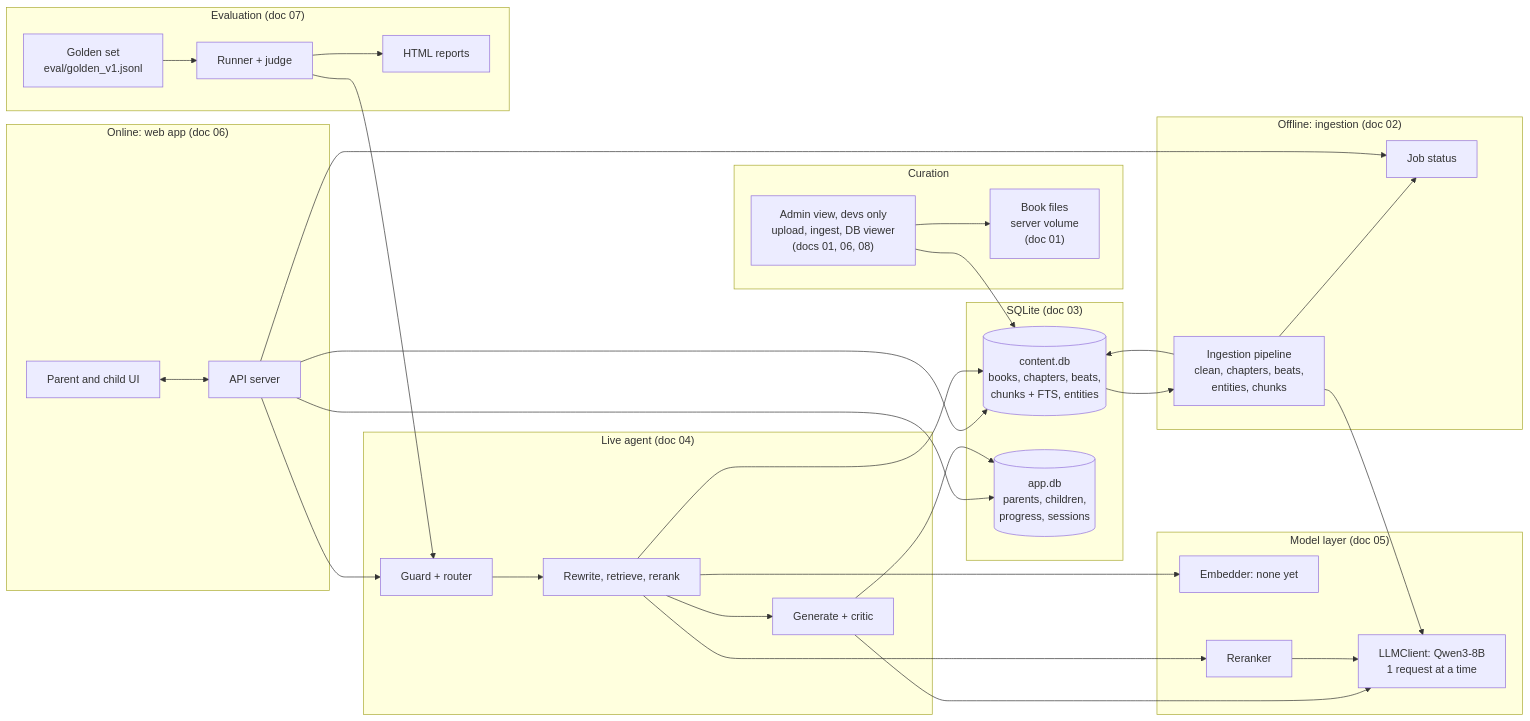
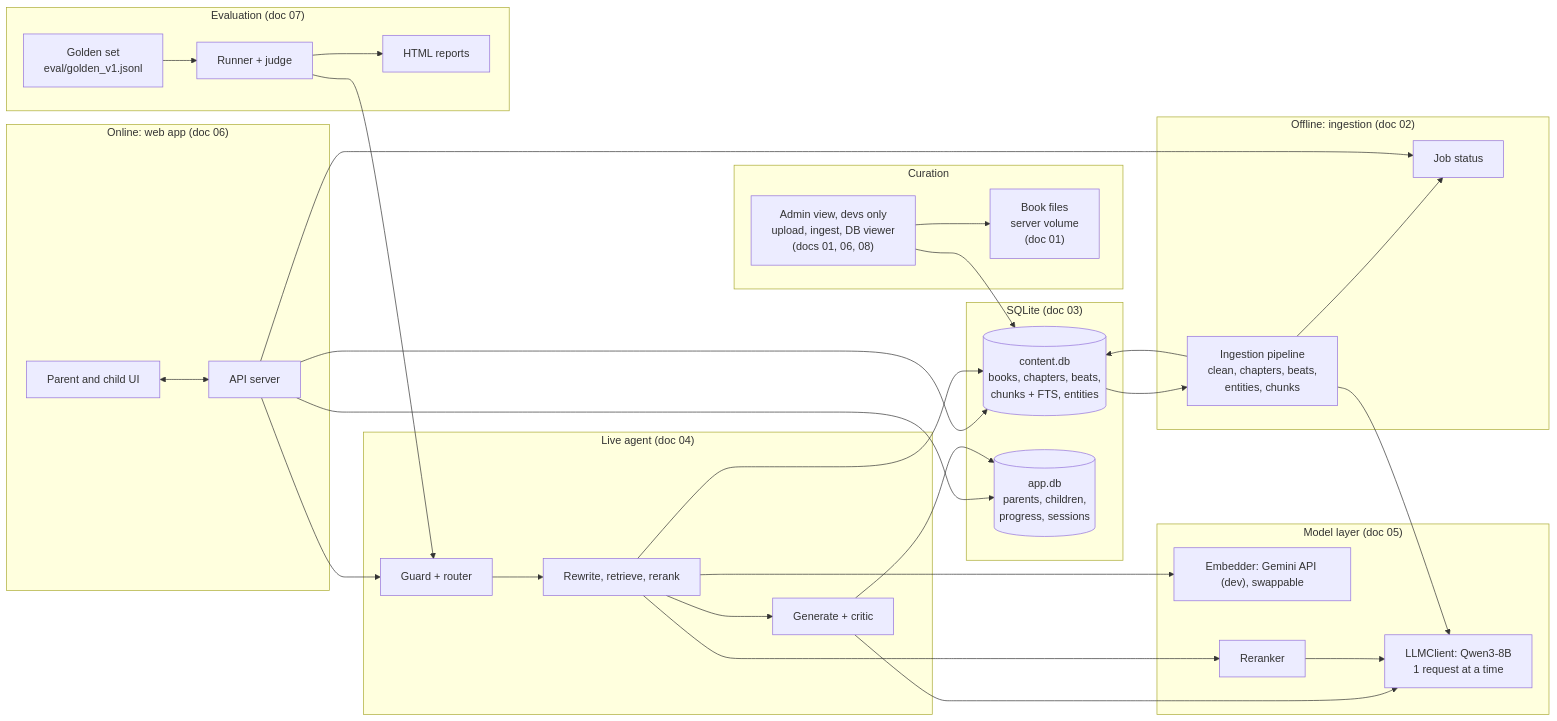
Before and after one commit to mukul1203/ai-sailors: the diagram in docs/design/00-architecture-overview.md, drawn with Mermaid. The commit also changed other lines of this file and 7 other files, not shown here.

````diff
--- a/docs/design/00-architecture-overview.md
+++ b/docs/design/00-architecture-overview.md
@@ -7,65 +7,65 @@
 ```mermaid
 flowchart LR
     subgraph Curation
         ADM["Admin view, devs only<br/>upload, ingest, DB viewer<br/>(docs 01, 06, 08)"]
         CAT["Book files<br/>server volume<br/>(doc 01)"]
     end
 
     subgraph Offline["Offline: ingestion (doc 02)"]
         ING["Ingestion pipeline<br/>clean, chapters, beats,<br/>entities, chunks"]
         JOBS["Job status"]
     end
 
     subgraph Stores["SQLite (doc 03)"]
         CDB[("content.db<br/>books, chapters, beats,<br/>chunks + FTS, entities")]
         ADB[("app.db<br/>parents, children,<br/>progress, sessions")]
     end
 
     subgraph Online["Online: web app (doc 06)"]
         UI["Parent and child UI"]
         API["API server"]
     end
 
     subgraph Agent["Live agent (doc 04)"]
         GUARD["Guard + router"]
         RET["Rewrite, retrieve, rerank"]
         GEN["Generate + critic"]
     end
 
     subgraph Models["Model layer (doc 05)"]
         LLM["LLMClient: Qwen3-8B<br/>1 request at a time"]
-        EMB["Embedder: none yet"]
+        EMB["Embedder: Gemini API (dev), swappable"]
         RR["Reranker"]
     end
 
     subgraph Eval["Evaluation (doc 07)"]
         GOLD["Golden set<br/>eval/golden_v1.jsonl"]
         RUN["Runner + judge"]
         REP["HTML reports"]
     end
 
     ADM --> CAT
     ADM --> CDB
     CDB --> ING
     ING --> CDB
     ING --> JOBS
     ING --> LLM
 
     UI <--> API
     API --> ADB
     API --> CDB
     API --> JOBS
     API --> GUARD
     GUARD --> RET
     RET --> CDB
     RET --> RR
     RET --> EMB
     RET --> GEN
     GEN --> LLM
     RR --> LLM
     GEN --> ADB
 
     GOLD --> RUN
     RUN --> GUARD
     RUN --> REP
 ```
````
